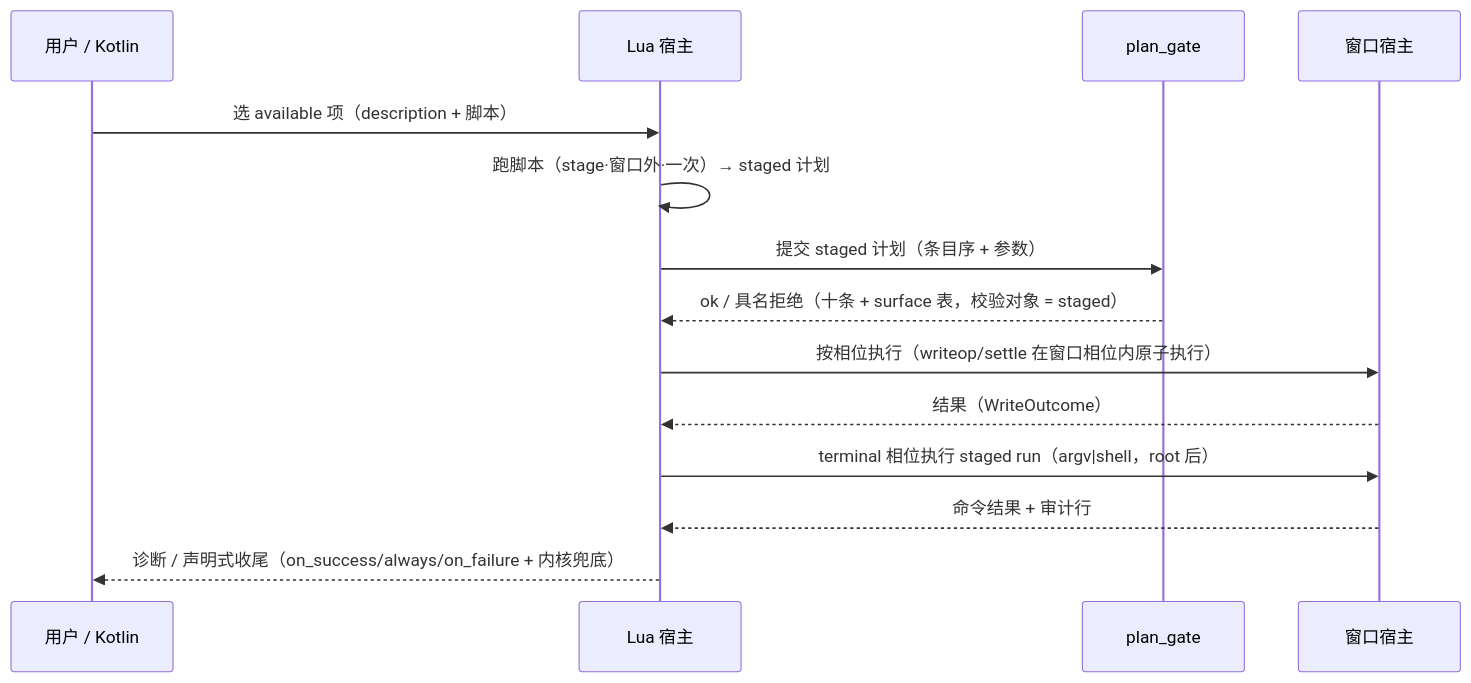
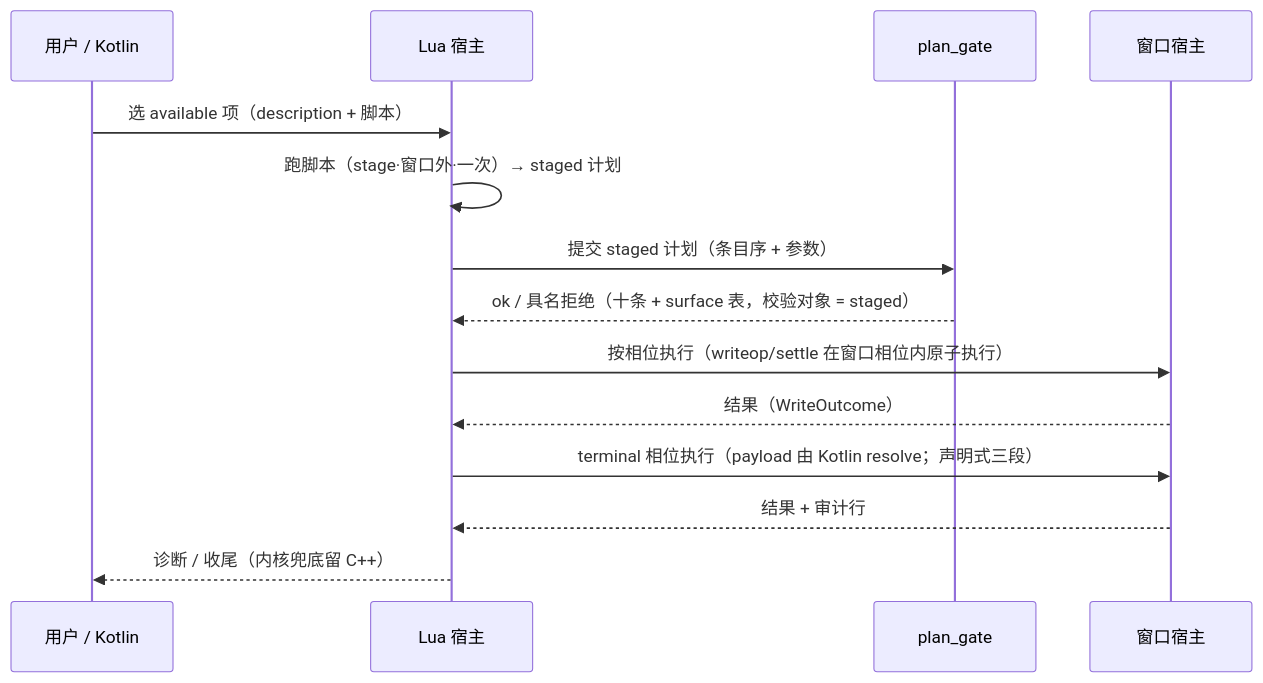
One commit to YuKongA/ghostlock-app changed diagram 17 of 17 in docs/development/full-process-uml.md. Above: the diagram before and after it, drawn with Mermaid. The commit also changed other lines of this file and 6 other files, not shown here.

````diff
--- a/docs/development/full-process-uml.md
+++ b/docs/development/full-process-uml.md
@@ -823,16 +825,16 @@
 ```mermaid
 sequenceDiagram
   participant U as 用户 / Kotlin
   participant L as Lua 宿主
   participant G as plan_gate
   participant W as 窗口宿主
   U->>L: 选 available 项（description + 脚本）
   L->>L: 跑脚本（stage·窗口外·一次）→ staged 计划
   L->>G: 提交 staged 计划（条目序 + 参数）
   G-->>L: ok / 具名拒绝（十条 + surface 表，校验对象 = staged）
   L->>W: 按相位执行（writeop/settle 在窗口相位内原子执行）
   W-->>L: 结果（WriteOutcome）
-  L->>W: terminal 相位执行 staged run（argv|shell，root 后）
-  W-->>L: 命令结果 + 审计行
-  L-->>U: 诊断 / 声明式收尾（on_success/always/on_failure + 内核兜底）
+  L->>W: terminal 相位执行（payload 由 Kotlin resolve；声明式三段）
+  W-->>L: 结果 + 审计行
+  L-->>U: 诊断 / 收尾（内核兜底留 C++）
 ```
````
